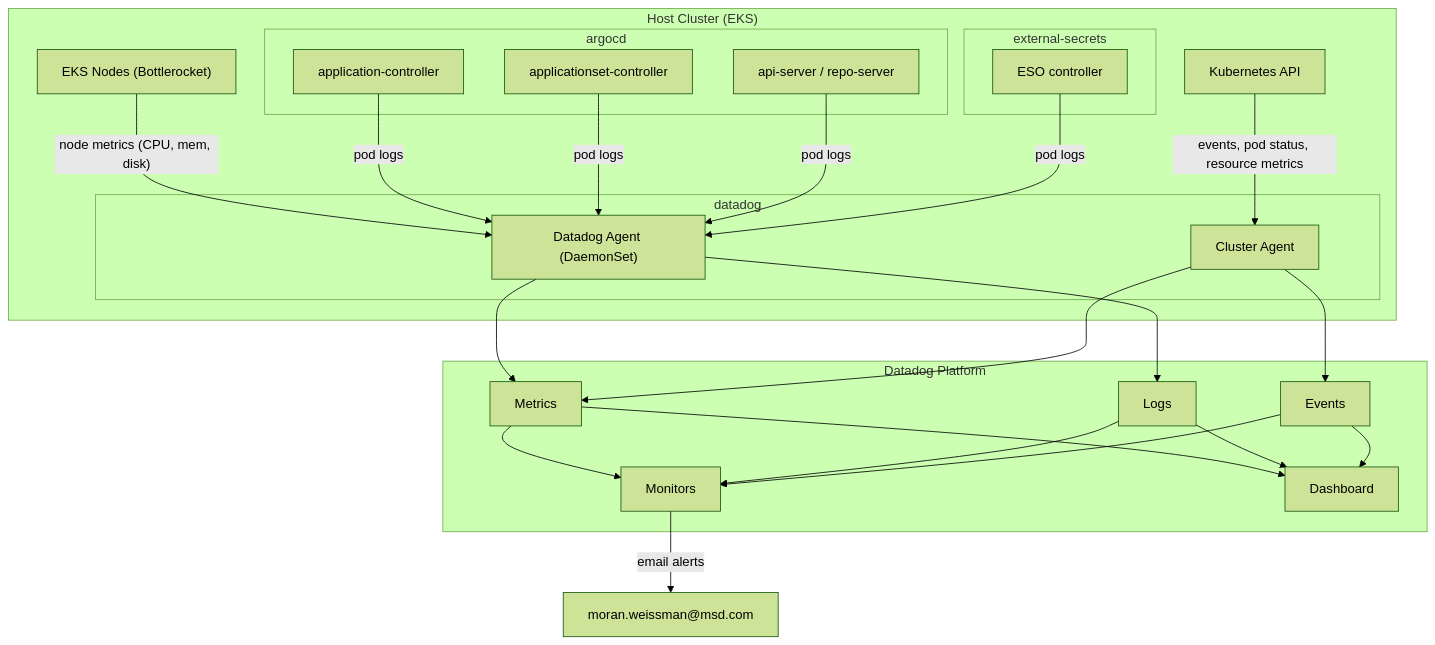
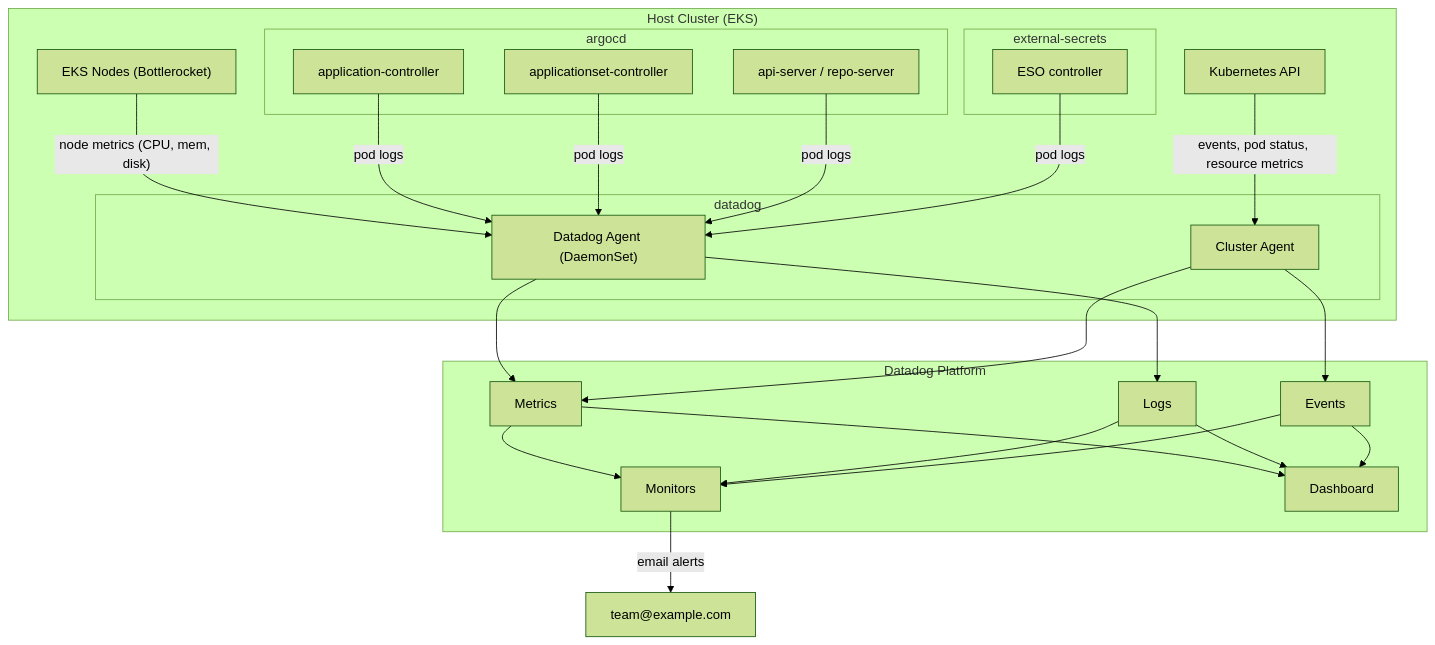
Before and after one commit to MoranWeissman/sharko: the diagram in docs/observability/HOST_CLUSTER_MONITORING.md, drawn with Mermaid (forest theme). The commit also changed other lines of this file and 127 other files, not shown here.

````diff
--- a/docs/observability/HOST_CLUSTER_MONITORING.md
+++ b/docs/observability/HOST_CLUSTER_MONITORING.md
@@ -13,35 +13,35 @@
 ```mermaid
 flowchart TB
     subgraph host["Host Cluster (EKS)"]
         subgraph ns_argocd["argocd"]
             argocd_ctrl["application-controller"]
             argocd_appset["applicationset-controller"]
             argocd_api["api-server / repo-server"]
         end
         subgraph ns_eso["external-secrets"]
             eso_ctrl["ESO controller"]
         end
         subgraph ns_dd["datadog"]
             dd_agent["Datadog Agent (DaemonSet)"]
             dd_cluster["Cluster Agent"]
         end
         nodes["EKS Nodes (Bottlerocket)"]
         k8s_api["Kubernetes API"]
     end
 
     subgraph datadog_platform["Datadog Platform"]
         metrics_store["Metrics"]
         logs_store["Logs"]
         events_store["Events"]
         monitors["Monitors"]
         dashboard["Dashboard"]
     end
 
     nodes -->|"node metrics (CPU, mem, disk)"| dd_agent
     argocd_ctrl & argocd_appset & argocd_api & eso_ctrl -->|"pod logs"| dd_agent
     k8s_api -->|"events, pod status, resource metrics"| dd_cluster
     dd_agent --> metrics_store & logs_store
     dd_cluster --> events_store & metrics_store
     metrics_store & logs_store & events_store --> monitors & dashboard
-    monitors -->|"email alerts"| teams["moran.weissman@msd.com"]
+    monitors -->|"email alerts"| teams["team@example.com"]
 ```
````
